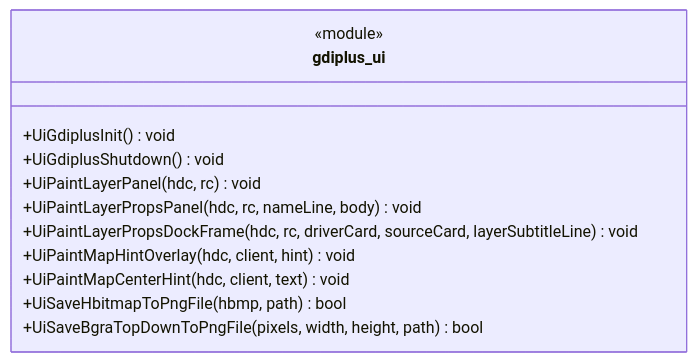
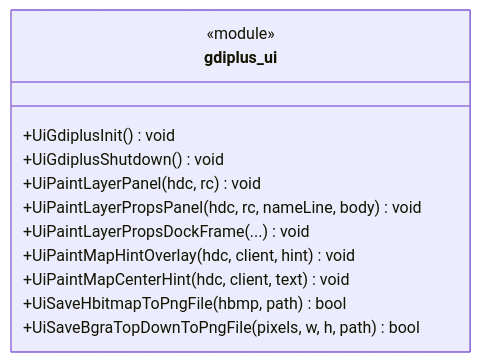
One commit to shelltdf/AGIS changed the third of 3 diagrams in ai-software-engineering/02-physical/gis-desktop-win32/uml-class-ui.md. Above: the diagram before and after it, drawn with Mermaid. The commit also changed other lines of this file and 10 other files, not shown here.

````diff
--- a/ai-software-engineering/02-physical/gis-desktop-win32/uml-class-ui.md
+++ b/ai-software-engineering/02-physical/gis-desktop-win32/uml-class-ui.md
@@ -11,18 +112,16 @@
 ```mermaid
 classDiagram
-  direction TB
-
   class gdiplus_ui {
     <<module>>
     <<header gdiplus_ui.h>>
     +UiGdiplusInit() void
     +UiGdiplusShutdown() void
     +UiPaintLayerPanel(hdc, rc) void
     +UiPaintLayerPropsPanel(hdc, rc, nameLine, body) void
-    +UiPaintLayerPropsDockFrame(hdc, rc, driverCard, sourceCard, layerSubtitleLine) void
+    +UiPaintLayerPropsDockFrame(...) void
     +UiPaintMapHintOverlay(hdc, client, hint) void
     +UiPaintMapCenterHint(hdc, client, text) void
     +UiSaveHbitmapToPngFile(hbmp, path) bool
-    +UiSaveBgraTopDownToPngFile(pixels, width, height, path) bool
+    +UiSaveBgraTopDownToPngFile(pixels, w, h, path) bool
   }
 ```
````
